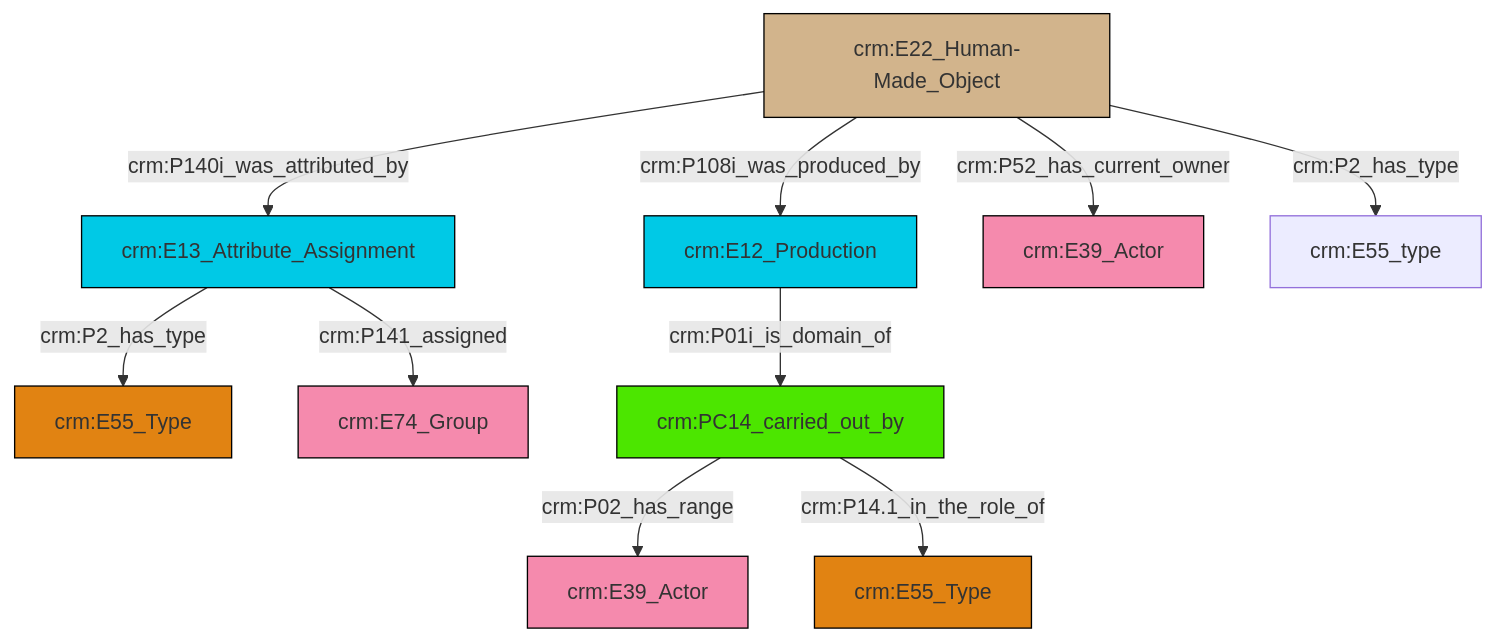
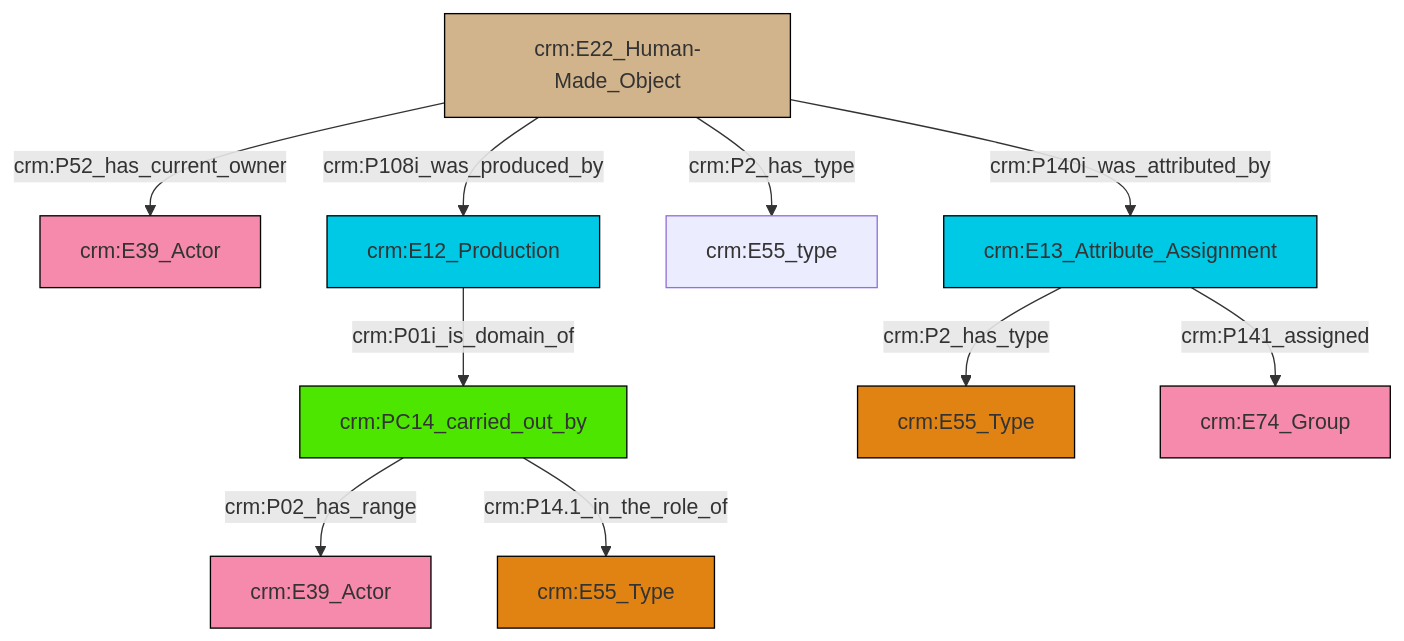
The diagram in et/builtWorkCSV/ttl/mmd/Built_Work_actor_relations.ttl.mmd (swiss-art-research-net/reference-data-models), drawn with Mermaid before and after one commit. The commit also changed 126 other files, not shown here.

```diff
--- a/et/builtWorkCSV/ttl/mmd/Built_Work_actor_relations.ttl.mmd
+++ b/et/builtWorkCSV/ttl/mmd/Built_Work_actor_relations.ttl.mmd
@@ -1,24 +1,24 @@
 graph TD
 classDef Literal fill:#f2f2f2,stroke:#000000;
 classDef CRM_Entity fill:#FFFFFF,stroke:#000000;
 classDef Temporal_Entity fill:#00C9E6, stroke:#000000;
 classDef Type fill:#E18312, stroke:#000000;
 classDef Time-Span fill:#2C9C91, stroke:#000000;
 classDef Appellation fill:#FFEB7F, stroke:#000000;
 classDef Place fill:#008836, stroke:#000000;
 classDef Persistent_Item fill:#B266B2, stroke:#000000;
 classDef Conceptual_Object fill:#FFD700, stroke:#000000;
 classDef Physical_Thing fill:#D2B48C, stroke:#000000;
 classDef Actor fill:#f58aad, stroke:#000000;
 classDef PC_Classes fill:#4ce600, stroke:#000000;
 classDef Multi fill:#cccccc,stroke:#000000;
 
-6["crm:E12_Production"]:::Temporal_Entity -->|crm:P01i_is_domain_of| 7["crm:PC14_carried_out_by"]:::PC_Classes
-8["crm:E22_Human-Made_Object"]:::Physical_Thing -->|crm:P140i_was_attributed_by| 2["crm:E13_Attribute_Assignment"]:::Temporal_Entity
-2["crm:E13_Attribute_Assignment"]:::Temporal_Entity -->|crm:P141_assigned| 4["crm:E74_Group"]:::Actor
-7["crm:PC14_carried_out_by"]:::PC_Classes -->|crm:P02_has_range| 11["crm:E39_Actor"]:::Actor
-8["crm:E22_Human-Made_Object"]:::Physical_Thing -->|crm:P108i_was_produced_by| 6["crm:E12_Production"]:::Temporal_Entity
-8["crm:E22_Human-Made_Object"]:::Physical_Thing -->|crm:P52_has_current_owner| 12["crm:E39_Actor"]:::Actor
-8["crm:E22_Human-Made_Object"]:::Physical_Thing -->|crm:P2_has_type| 15["crm:E55_type"]:::Default
-2["crm:E13_Attribute_Assignment"]:::Temporal_Entity -->|crm:P2_has_type| 0["crm:E55_Type"]:::Type
-7["crm:PC14_carried_out_by"]:::PC_Classes -->|crm:P14.1_in_the_role_of| 16["crm:E55_Type"]:::Type
+0["crm:E22_Human-Made_Object"]:::Physical_Thing -->|crm:P52_has_current_owner| 1["crm:E39_Actor"]:::Actor
+6["crm:PC14_carried_out_by"]:::PC_Classes -->|crm:P02_has_range| 7["crm:E39_Actor"]:::Actor
+8["crm:E13_Attribute_Assignment"]:::Temporal_Entity -->|crm:P2_has_type| 2["crm:E55_Type"]:::Type
+6["crm:PC14_carried_out_by"]:::PC_Classes -->|crm:P14.1_in_the_role_of| 10["crm:E55_Type"]:::Type
+8["crm:E13_Attribute_Assignment"]:::Temporal_Entity -->|crm:P141_assigned| 14["crm:E74_Group"]:::Actor
+0["crm:E22_Human-Made_Object"]:::Physical_Thing -->|crm:P108i_was_produced_by| 4["crm:E12_Production"]:::Temporal_Entity
+0["crm:E22_Human-Made_Object"]:::Physical_Thing -->|crm:P2_has_type| 11["crm:E55_type"]:::Default
+0["crm:E22_Human-Made_Object"]:::Physical_Thing -->|crm:P140i_was_attributed_by| 8["crm:E13_Attribute_Assignment"]:::Temporal_Entity
+4["crm:E12_Production"]:::Temporal_Entity -->|crm:P01i_is_domain_of| 6["crm:PC14_carried_out_by"]:::PC_Classes
```
